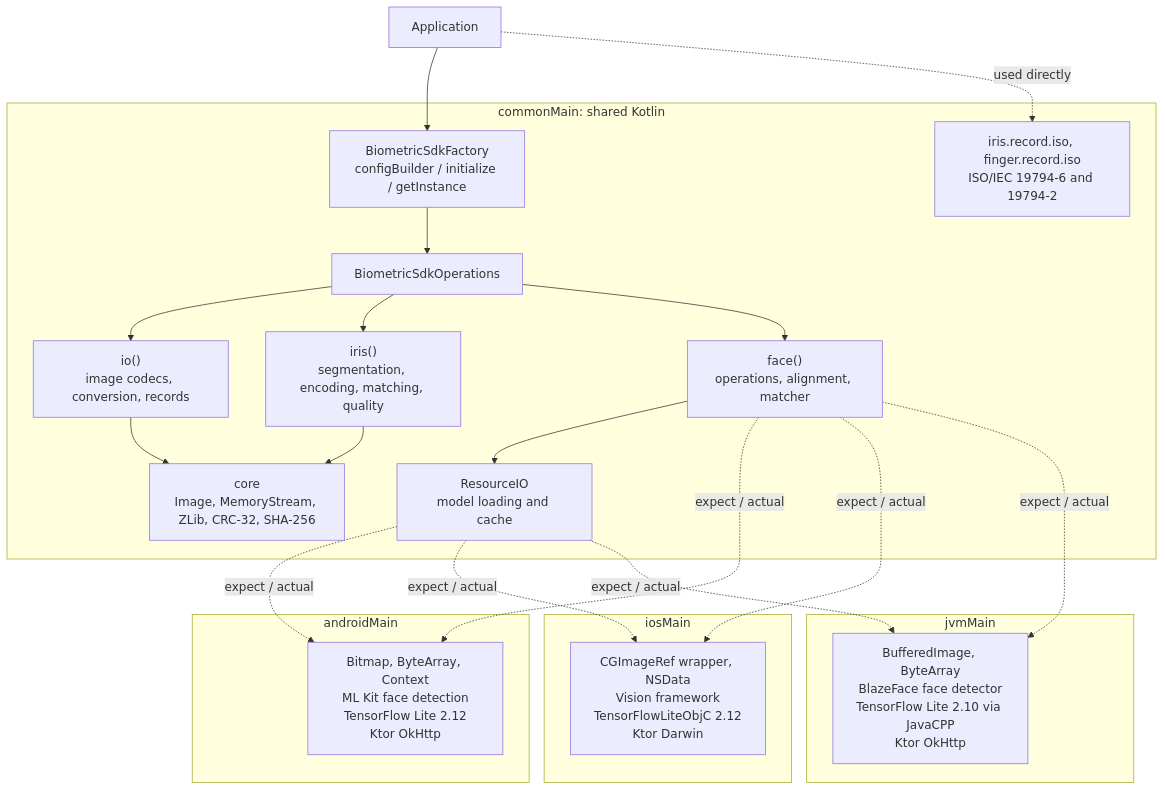
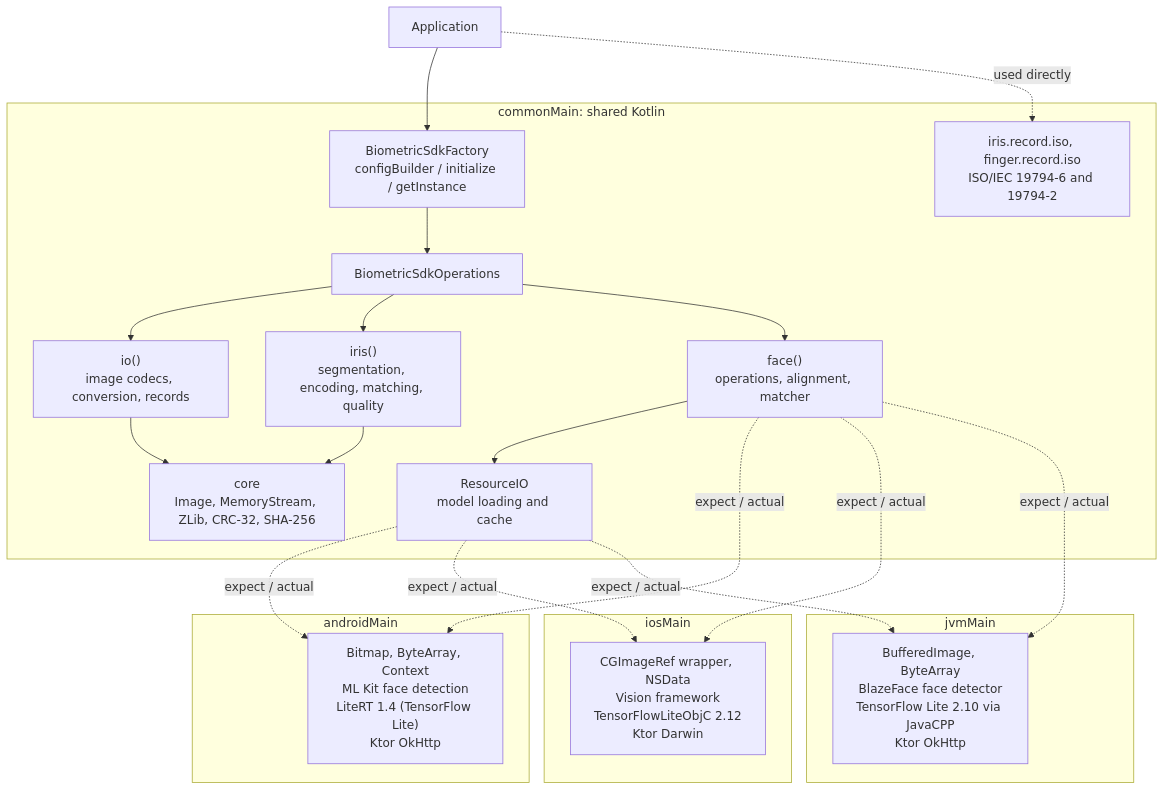
The first of 3 diagrams in readme.md (biometric-technologies/biometric-sdk), drawn with Mermaid before and after one commit. The commit also changed other lines of this file and 1 other file, not shown here.

First line of the commit message:
README: the Android dependencies are LiteRT 1.4.2 and ML Kit face detection 16.1.7

````diff
--- a/readme.md
+++ b/readme.md
@@ -180,37 +180,37 @@
 ```mermaid
 flowchart TD
     APP["Application"]
     subgraph common["commonMain: shared Kotlin"]
         FACTORY["BiometricSdkFactory<br/>configBuilder / initialize / getInstance"]
         OPS["BiometricSdkOperations"]
         IO["io()<br/>image codecs, conversion, records"]
         IRIS["iris()<br/>segmentation, encoding, matching, quality"]
         FACE["face()<br/>operations, alignment, matcher"]
         RES["ResourceIO<br/>model loading and cache"]
         CORE["core<br/>Image, MemoryStream, ZLib, CRC-32, SHA-256"]
         ISO["iris.record.iso, finger.record.iso<br/>ISO/IEC 19794-6 and 19794-2"]
     end
     subgraph android["androidMain"]
-        ANDR["Bitmap, ByteArray, Context<br/>ML Kit face detection<br/>TensorFlow Lite 2.12<br/>Ktor OkHttp"]
+        ANDR["Bitmap, ByteArray, Context<br/>ML Kit face detection<br/>LiteRT 1.4 (TensorFlow Lite)<br/>Ktor OkHttp"]
     end
     subgraph ios["iosMain"]
         IOSN["CGImageRef wrapper, NSData<br/>Vision framework<br/>TensorFlowLiteObjC 2.12<br/>Ktor Darwin"]
     end
     subgraph jvm["jvmMain"]
         JVMN["BufferedImage, ByteArray<br/>BlazeFace face detector<br/>TensorFlow Lite 2.10 via JavaCPP<br/>Ktor OkHttp"]
     end
     APP --> FACTORY --> OPS
     OPS --> IO
     OPS --> IRIS
     OPS --> FACE
     IRIS --> CORE
     IO --> CORE
     APP -.->|"used directly"| ISO
     FACE --> RES
     FACE -.->|"expect / actual"| ANDR
     FACE -.->|"expect / actual"| IOSN
     FACE -.->|"expect / actual"| JVMN
     RES -.->|"expect / actual"| ANDR
     RES -.->|"expect / actual"| IOSN
     RES -.->|"expect / actual"| JVMN
 ```
````
